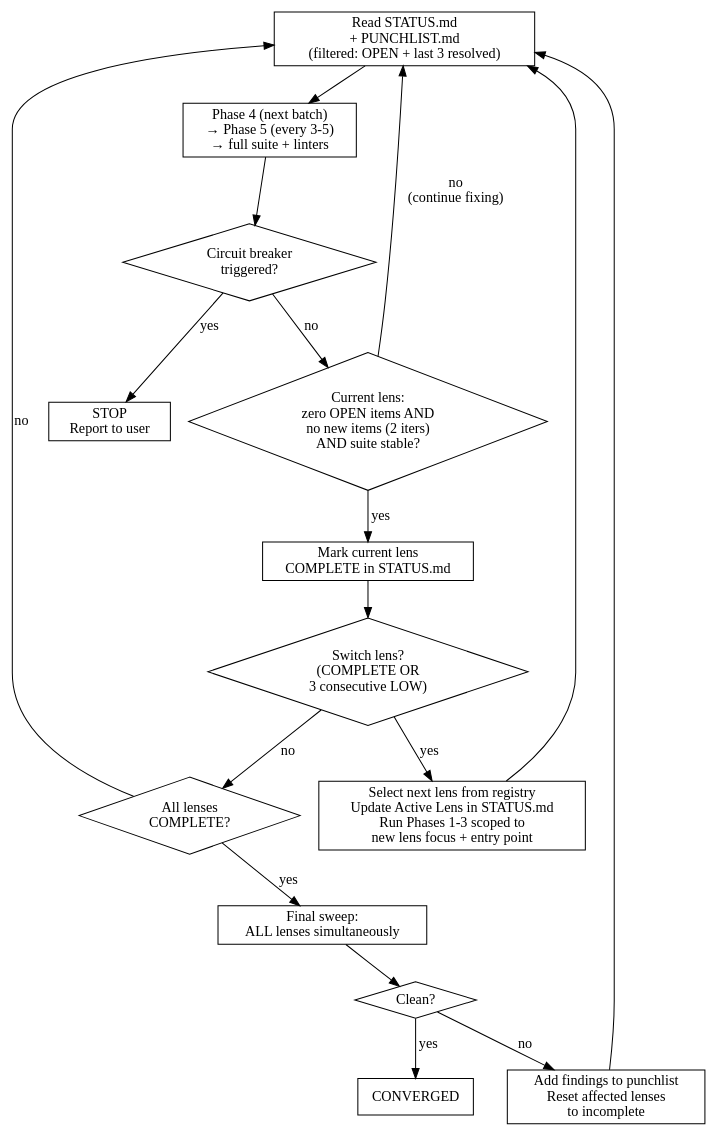
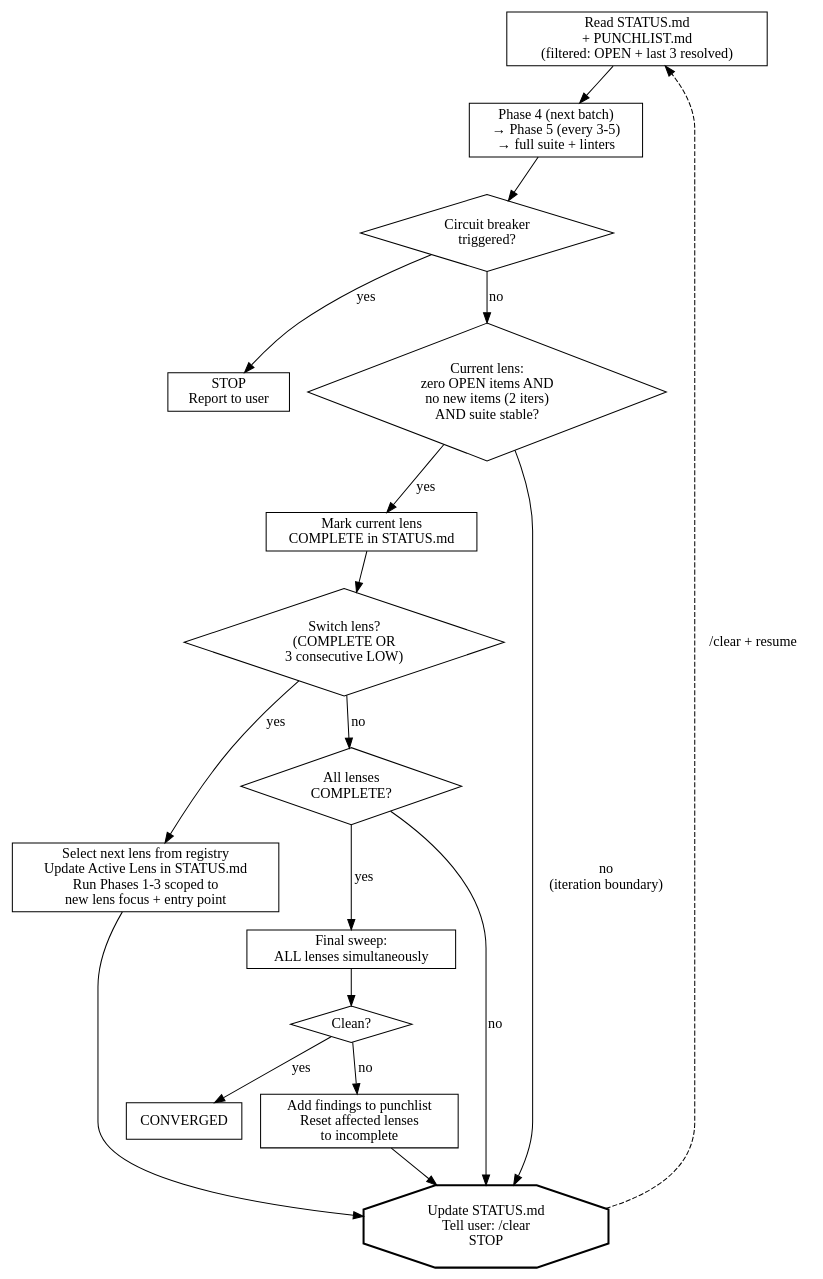
The second of 2 diagrams in skills/holtz/SKILL.md (jbrjake/holtz), drawn with Graphviz before and after one commit. The commit also changed other lines of this file and 8 other files, not shown here.

````diff
--- a/skills/holtz/SKILL.md
+++ b/skills/holtz/SKILL.md
@@ -274,37 +274,39 @@
 ```dot
 digraph {
   rankdir=TB
   node [shape=box]
 
   recover [label="Read STATUS.md\n+ PUNCHLIST.md\n(filtered: OPEN + last 3 resolved)"]
   fix_loop [label="Phase 4 (next batch)\n→ Phase 5 (every 3-5)\n→ full suite + linters"]
   breaker [label="Circuit breaker\ntriggered?" shape=diamond]
   stop [label="STOP\nReport to user"]
   lens_clean [label="Current lens:\nzero OPEN items AND\nno new items (2 iters)\nAND suite stable?" shape=diamond]
   mark [label="Mark current lens\nCOMPLETE in STATUS.md"]
   switch [label="Switch lens?\n(COMPLETE OR\n3 consecutive LOW)" shape=diamond]
   next_lens [label="Select next lens from registry\nUpdate Active Lens in STATUS.md\nRun Phases 1-3 scoped to\nnew lens focus + entry point"]
   all_done [label="All lenses\nCOMPLETE?" shape=diamond]
   final [label="Final sweep:\nALL lenses simultaneously"]
   clean [label="Clean?" shape=diamond]
   converged [label="CONVERGED"]
   reset [label="Add findings to punchlist\nReset affected lenses\nto incomplete"]
+  boundary [label="Update STATUS.md\nTell user: /clear\nSTOP" shape=octagon style=bold]
 
   recover -> fix_loop
   fix_loop -> breaker
   breaker -> stop [label="yes"]
   breaker -> lens_clean [label="no"]
   lens_clean -> mark [label="yes"]
-  lens_clean -> recover [label="no\n(continue fixing)"]
+  lens_clean -> boundary [label="no\n(iteration boundary)"]
   mark -> switch
   switch -> next_lens [label="yes"]
   switch -> all_done [label="no"]
-  next_lens -> recover
+  next_lens -> boundary
   all_done -> final [label="yes"]
-  all_done -> recover [label="no"]
+  all_done -> boundary [label="no"]
   final -> clean
   clean -> converged [label="yes"]
   clean -> reset [label="no"]
-  reset -> recover
+  reset -> boundary
+  boundary -> recover [style=dashed label="/clear + resume"]
 }
 ```
````
